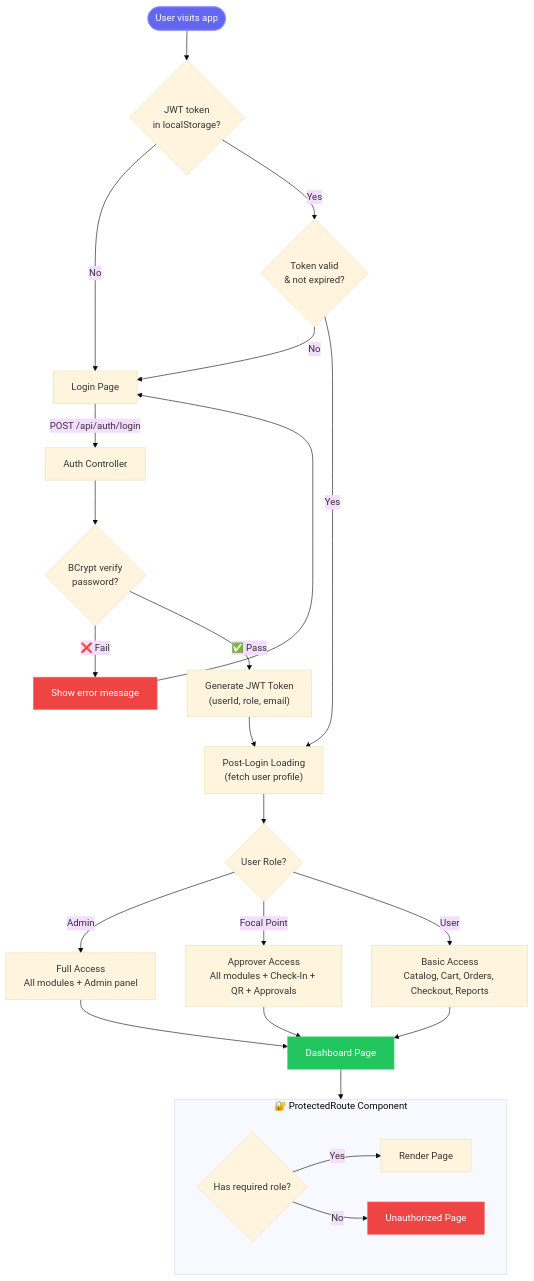
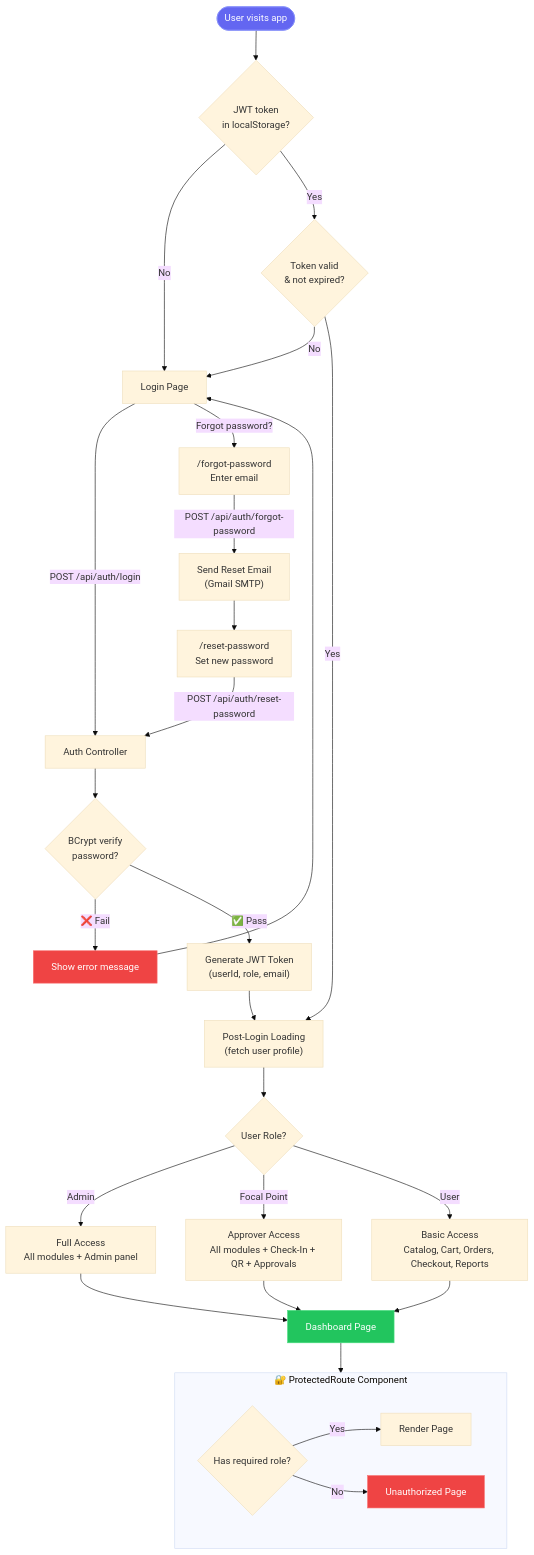
The second of 10 diagrams in flowchart.md (SalmonSama/chemical_ordering_monitoring_system_document), drawn with Mermaid (base theme) before and after one commit. The commit also changed other lines of this file and 1 other file, not shown here.

````diff
--- a/flowchart.md
+++ b/flowchart.md
@@ -57,40 +51,45 @@
 ```mermaid
 flowchart TD
     Start([User visits app]) --> CheckToken{JWT token<br/>in localStorage?}
 
     CheckToken -->|No| LoginPage["Login Page"]
     CheckToken -->|Yes| ValidateToken{Token valid<br/>& not expired?}
 
     ValidateToken -->|No| LoginPage
     ValidateToken -->|Yes| PostLogin["Post-Login Loading<br/>(fetch user profile)"]
 
     LoginPage -->|"POST /api/auth/login"| AuthAPI["Auth Controller"]
     AuthAPI --> VerifyPW{BCrypt verify<br/>password?}
-    VerifyPW -->|❌ Fail| LoginError["Show error message"]
+    VerifyPW -->|"❌ Fail"| LoginError["Show error message"]
     LoginError --> LoginPage
-    VerifyPW -->|✅ Pass| GenerateJWT["Generate JWT Token<br/>(userId, role, email)"]
+    VerifyPW -->|"✅ Pass"| GenerateJWT["Generate JWT Token<br/>(userId, role, email)"]
     GenerateJWT --> PostLogin
+
+    LoginPage -->|"Forgot password?"| ForgotPW["/forgot-password<br/>Enter email"]
+    ForgotPW -->|"POST /api/auth/forgot-password"| SendEmail["Send Reset Email<br/>(Gmail SMTP)"]
+    SendEmail --> ResetPW["/reset-password<br/>Set new password"]
+    ResetPW -->|"POST /api/auth/reset-password"| AuthAPI
 
     PostLogin --> CheckRole{User Role?}
 
     CheckRole -->|Admin| FullAccess["Full Access<br/>All modules + Admin panel"]
     CheckRole -->|Focal Point| ApproverAccess["Approver Access<br/>All modules + Check-In + QR + Approvals"]
     CheckRole -->|User| UserAccess["Basic Access<br/>Catalog, Cart, Orders, Checkout, Reports"]
 
     FullAccess --> Dashboard["Dashboard Page"]
     ApproverAccess --> Dashboard
     UserAccess --> Dashboard
 
     subgraph ProtectedRoute["🔐 ProtectedRoute Component"]
         RouteGuard{Has required role?}
         RouteGuard -->|Yes| RenderPage["Render Page"]
         RouteGuard -->|No| Unauthorized["Unauthorized Page"]
     end
 
     Dashboard --> ProtectedRoute
 
     style Start fill:#6366f1,stroke:#818cf8,color:#fff
     style Dashboard fill:#22c55e,stroke:#4ade80,color:#fff
     style LoginError fill:#ef4444,stroke:#f87171,color:#fff
     style Unauthorized fill:#ef4444,stroke:#f87171,color:#fff
 ```
````
